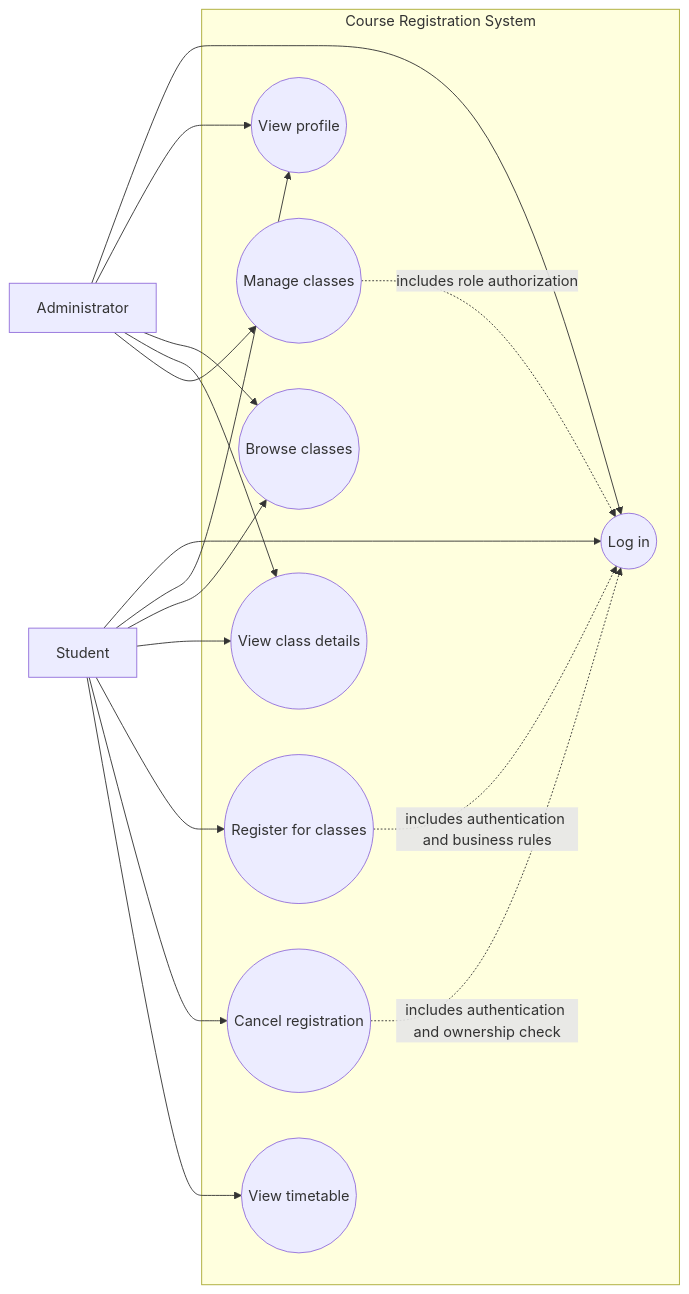
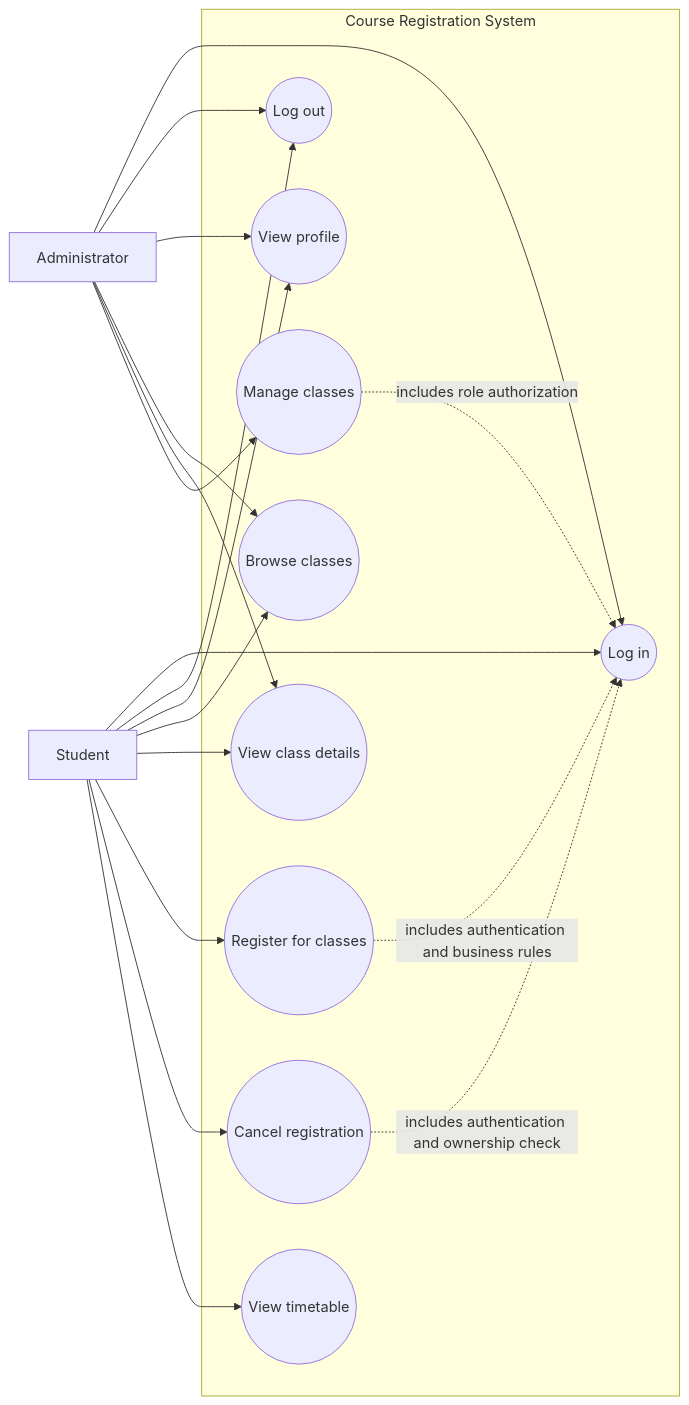
One commit to Akapi895/course-registration changed the diagram in docs/diagrams/use-case/README.md. Above: the diagram before and after it, drawn with Mermaid. The commit also changed other lines of this file and 8 other files, not shown here.

Commit message:
docs: align diagrams with 12 API endpoints and exact schema constraints

````diff
--- a/docs/diagrams/use-case/README.md
+++ b/docs/diagrams/use-case/README.md
@@ -7,34 +7,37 @@
 ```mermaid
 flowchart LR
     student[Student]
     admin[Administrator]
 
     subgraph system[Course Registration System]
         login((Log in))
+        logout((Log out))
         profile((View profile))
         browse((Browse classes))
         details((View class details))
         register((Register for classes))
         cancel((Cancel registration))
         schedule((View timetable))
         manage((Manage classes))
     end
 
     student --> login
+    student --> logout
     student --> profile
     student --> browse
     student --> details
     student --> register
     student --> cancel
     student --> schedule
 
     admin --> login
+    admin --> logout
     admin --> profile
     admin --> browse
     admin --> details
     admin --> manage
 
     register -.->|includes authentication and business rules| login
     cancel -.->|includes authentication and ownership check| login
     manage -.->|includes role authorization| login
 ```
````
